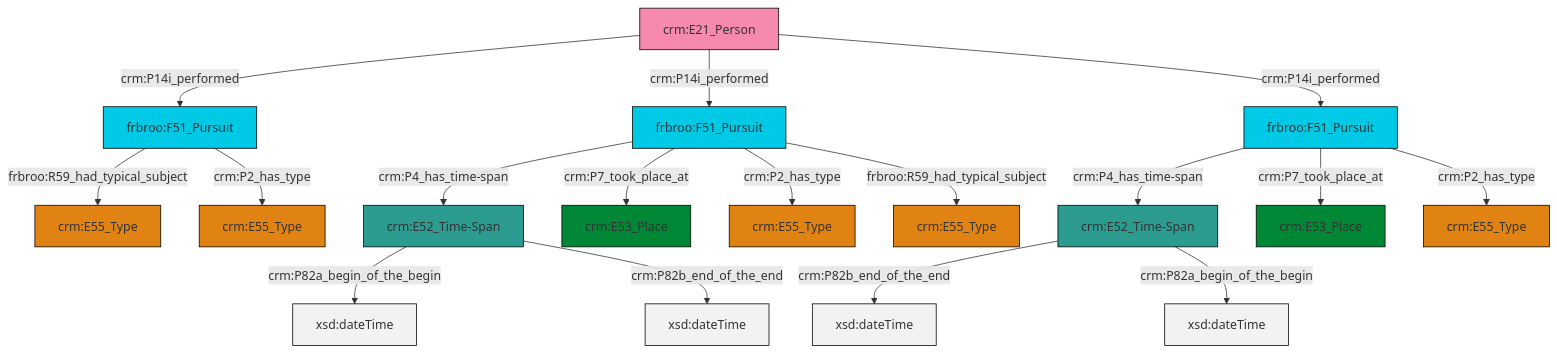
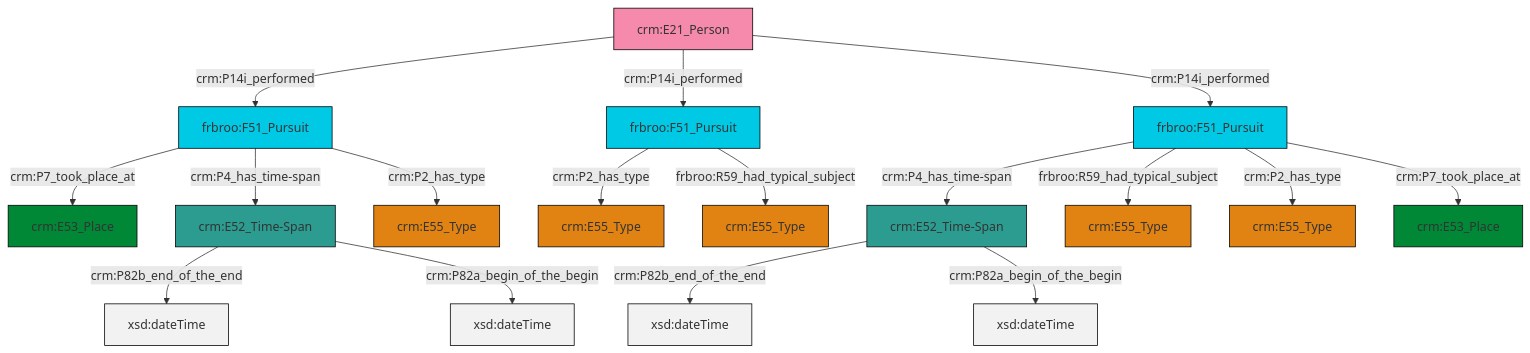
One commit to swiss-art-research-net/reference-data-models changed the diagram in et/personCSV/ttl/mmd/Person_Event.ttl.mmd. Above: the diagram before and after it, drawn with Mermaid. The commit also changed 125 other files, not shown here.

```diff
--- a/et/personCSV/ttl/mmd/Person_Event.ttl.mmd
+++ b/et/personCSV/ttl/mmd/Person_Event.ttl.mmd
@@ -1,31 +1,31 @@
 graph TD
 classDef Literal fill:#f2f2f2,stroke:#000000;
 classDef CRM_Entity fill:#FFFFFF,stroke:#000000;
 classDef Temporal_Entity fill:#00C9E6, stroke:#000000;
 classDef Type fill:#E18312, stroke:#000000;
 classDef Time-Span fill:#2C9C91, stroke:#000000;
 classDef Appellation fill:#FFEB7F, stroke:#000000;
 classDef Place fill:#008836, stroke:#000000;
 classDef Persistent_Item fill:#B266B2, stroke:#000000;
 classDef Conceptual_Object fill:#FFD700, stroke:#000000;
 classDef Physical_Thing fill:#D2B48C, stroke:#000000;
 classDef Actor fill:#f58aad, stroke:#000000;
 classDef PC_Classes fill:#4ce600, stroke:#000000;
 classDef Multi fill:#cccccc,stroke:#000000;
 
-2["crm:E52_Time-Span"]:::Time-Span -->|crm:P82b_end_of_the_end| 3[xsd:dateTime]:::Literal
-2["crm:E52_Time-Span"]:::Time-Span -->|crm:P82a_begin_of_the_begin| 8[xsd:dateTime]:::Literal
-9["frbroo:F51_Pursuit"]:::Temporal_Entity -->|crm:P4_has_time-span| 10["crm:E52_Time-Span"]:::Time-Span
-9["frbroo:F51_Pursuit"]:::Temporal_Entity -->|crm:P7_took_place_at| 12["crm:E53_Place"]:::Place
-10["crm:E52_Time-Span"]:::Time-Span -->|crm:P82a_begin_of_the_begin| 18[xsd:dateTime]:::Literal
-19["frbroo:F51_Pursuit"]:::Temporal_Entity -->|frbroo:R59_had_typical_subject| 20["crm:E55_Type"]:::Type
-9["frbroo:F51_Pursuit"]:::Temporal_Entity -->|crm:P2_has_type| 4["crm:E55_Type"]:::Type
-0["crm:E21_Person"]:::Actor -->|crm:P14i_performed| 19["frbroo:F51_Pursuit"]:::Temporal_Entity
-21["frbroo:F51_Pursuit"]:::Temporal_Entity -->|crm:P4_has_time-span| 2["crm:E52_Time-Span"]:::Time-Span
-0["crm:E21_Person"]:::Actor -->|crm:P14i_performed| 9["frbroo:F51_Pursuit"]:::Temporal_Entity
-0["crm:E21_Person"]:::Actor -->|crm:P14i_performed| 21["frbroo:F51_Pursuit"]:::Temporal_Entity
-9["frbroo:F51_Pursuit"]:::Temporal_Entity -->|frbroo:R59_had_typical_subject| 24["crm:E55_Type"]:::Type
-21["frbroo:F51_Pursuit"]:::Temporal_Entity -->|crm:P7_took_place_at| 6["crm:E53_Place"]:::Place
-10["crm:E52_Time-Span"]:::Time-Span -->|crm:P82b_end_of_the_end| 25[xsd:dateTime]:::Literal
-19["frbroo:F51_Pursuit"]:::Temporal_Entity -->|crm:P2_has_type| 15["crm:E55_Type"]:::Type
-21["frbroo:F51_Pursuit"]:::Temporal_Entity -->|crm:P2_has_type| 13["crm:E55_Type"]:::Type
+4["frbroo:F51_Pursuit"]:::Temporal_Entity -->|crm:P4_has_time-span| 5["crm:E52_Time-Span"]:::Time-Span
+6["frbroo:F51_Pursuit"]:::Temporal_Entity -->|crm:P2_has_type| 0["crm:E55_Type"]:::Type
+14["crm:E21_Person"]:::Actor -->|crm:P14i_performed| 11["frbroo:F51_Pursuit"]:::Temporal_Entity
+4["frbroo:F51_Pursuit"]:::Temporal_Entity -->|frbroo:R59_had_typical_subject| 17["crm:E55_Type"]:::Type
+11["frbroo:F51_Pursuit"]:::Temporal_Entity -->|crm:P7_took_place_at| 18["crm:E53_Place"]:::Place
+14["crm:E21_Person"]:::Actor -->|crm:P14i_performed| 6["frbroo:F51_Pursuit"]:::Temporal_Entity
+22["crm:E52_Time-Span"]:::Time-Span -->|crm:P82b_end_of_the_end| 23[xsd:dateTime]:::Literal
+11["frbroo:F51_Pursuit"]:::Temporal_Entity -->|crm:P4_has_time-span| 22["crm:E52_Time-Span"]:::Time-Span
+11["frbroo:F51_Pursuit"]:::Temporal_Entity -->|crm:P2_has_type| 2["crm:E55_Type"]:::Type
+5["crm:E52_Time-Span"]:::Time-Span -->|crm:P82b_end_of_the_end| 27[xsd:dateTime]:::Literal
+6["frbroo:F51_Pursuit"]:::Temporal_Entity -->|frbroo:R59_had_typical_subject| 25["crm:E55_Type"]:::Type
+22["crm:E52_Time-Span"]:::Time-Span -->|crm:P82a_begin_of_the_begin| 30[xsd:dateTime]:::Literal
+5["crm:E52_Time-Span"]:::Time-Span -->|crm:P82a_begin_of_the_begin| 31[xsd:dateTime]:::Literal
+4["frbroo:F51_Pursuit"]:::Temporal_Entity -->|crm:P2_has_type| 8["crm:E55_Type"]:::Type
+14["crm:E21_Person"]:::Actor -->|crm:P14i_performed| 4["frbroo:F51_Pursuit"]:::Temporal_Entity
+4["frbroo:F51_Pursuit"]:::Temporal_Entity -->|crm:P7_took_place_at| 15["crm:E53_Place"]:::Place
```
